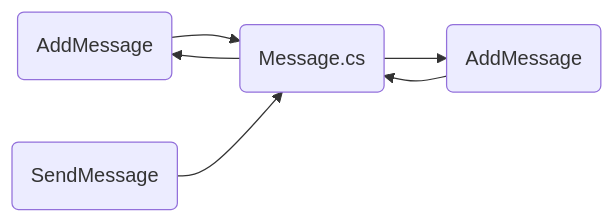
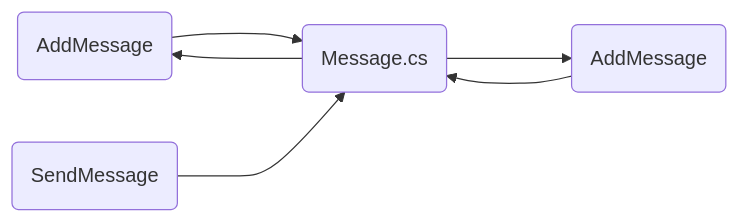
One commit to ijh00116/Code-Portfolio_1 changed the first of 2 diagrams in README.md. Above: the diagram before and after it, drawn with Mermaid. The commit also changed other lines of this file, not shown here.

````diff
--- a/README.md
+++ b/README.md
@@ -48,8 +41,8 @@
 ```mermaid
 graph LR
 A(AddMessage)-->B(Message.cs)
 C(AddMessage)-->B
-D(SendMessage)-->B
-B-->C
-B-->A
+D(SendMessage)--->B
+B--->C
+B--->A
 ```
````
